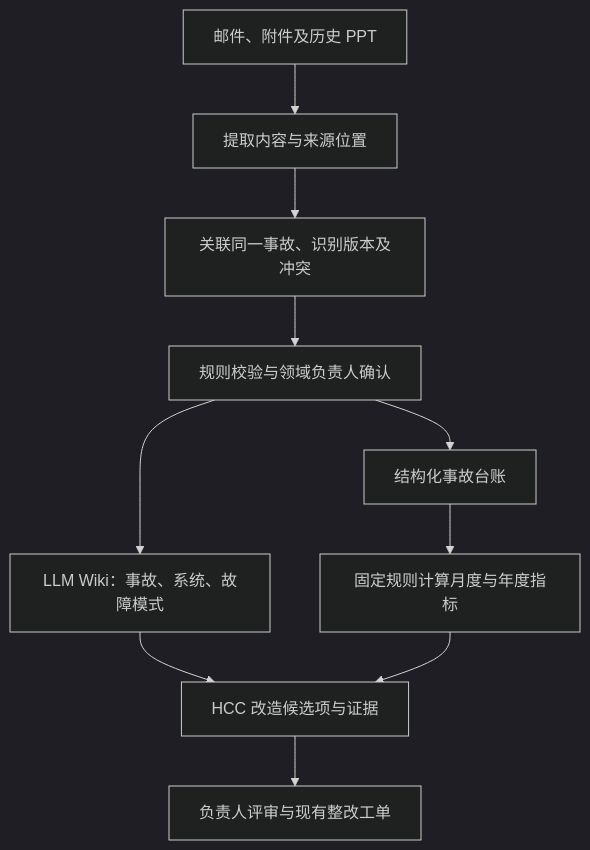
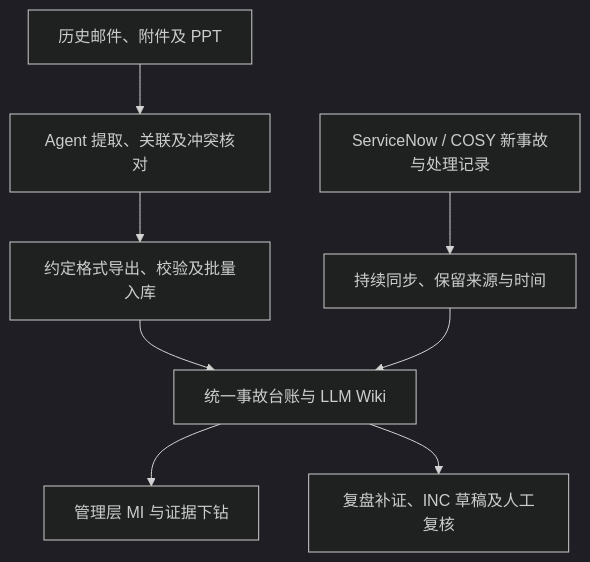
The diagram in README.md (wwa-lab/production-support-mi), drawn with Mermaid (dark theme) before and after one commit. The commit also changed other lines of this file and 7 other files, not shown here.

````diff
--- a/README.md
+++ b/README.md
@@ -17,12 +23,10 @@
 ```mermaid
 flowchart TD
-    A[邮件、附件及历史 PPT] --> B[提取内容与来源位置]
-    B --> C[关联同一事故、识别版本及冲突]
-    C --> D[规则校验与领域负责人确认]
-    D --> E[结构化事故台账]
-    D --> F[LLM Wiki：事故、系统、故障模式]
-    E --> G[固定规则计算月度与年度指标]
-    F --> H[HCC 改造候选项与证据]
-    G --> H
-    H --> I[负责人评审与现有整改工单]
+    A[历史邮件、附件及 PPT] --> B[Agent 提取、关联及冲突核对]
+    B --> C[约定格式导出、校验及批量入库]
+    S[ServiceNow / COSY 新事故与处理记录] --> T[持续同步、保留来源与时间]
+    C --> E[统一事故台账与 LLM Wiki]
+    T --> E
+    E --> G[管理层 MI 与证据下钻]
+    E --> R[复盘补证、INC 草稿及人工复核]
 ```
````
